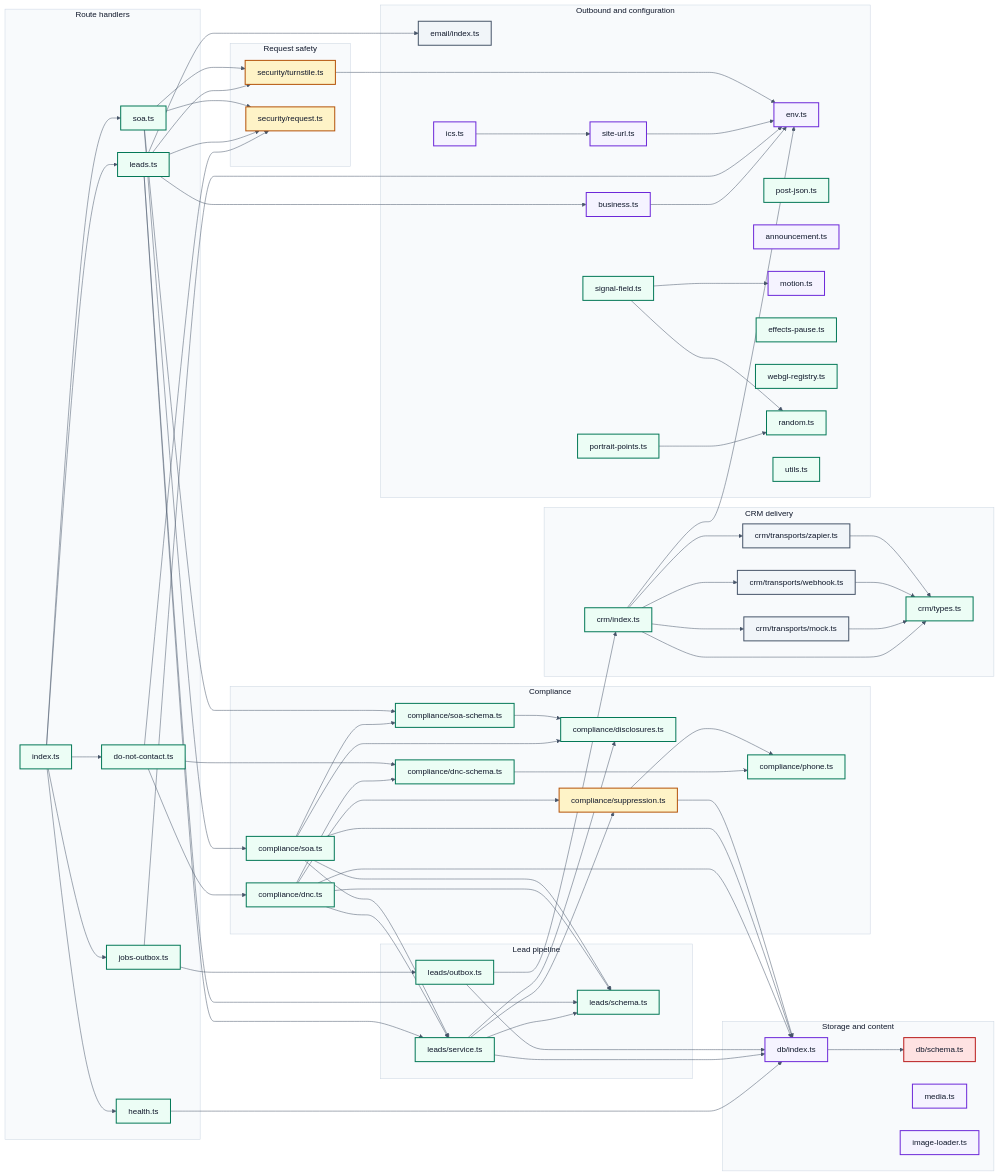
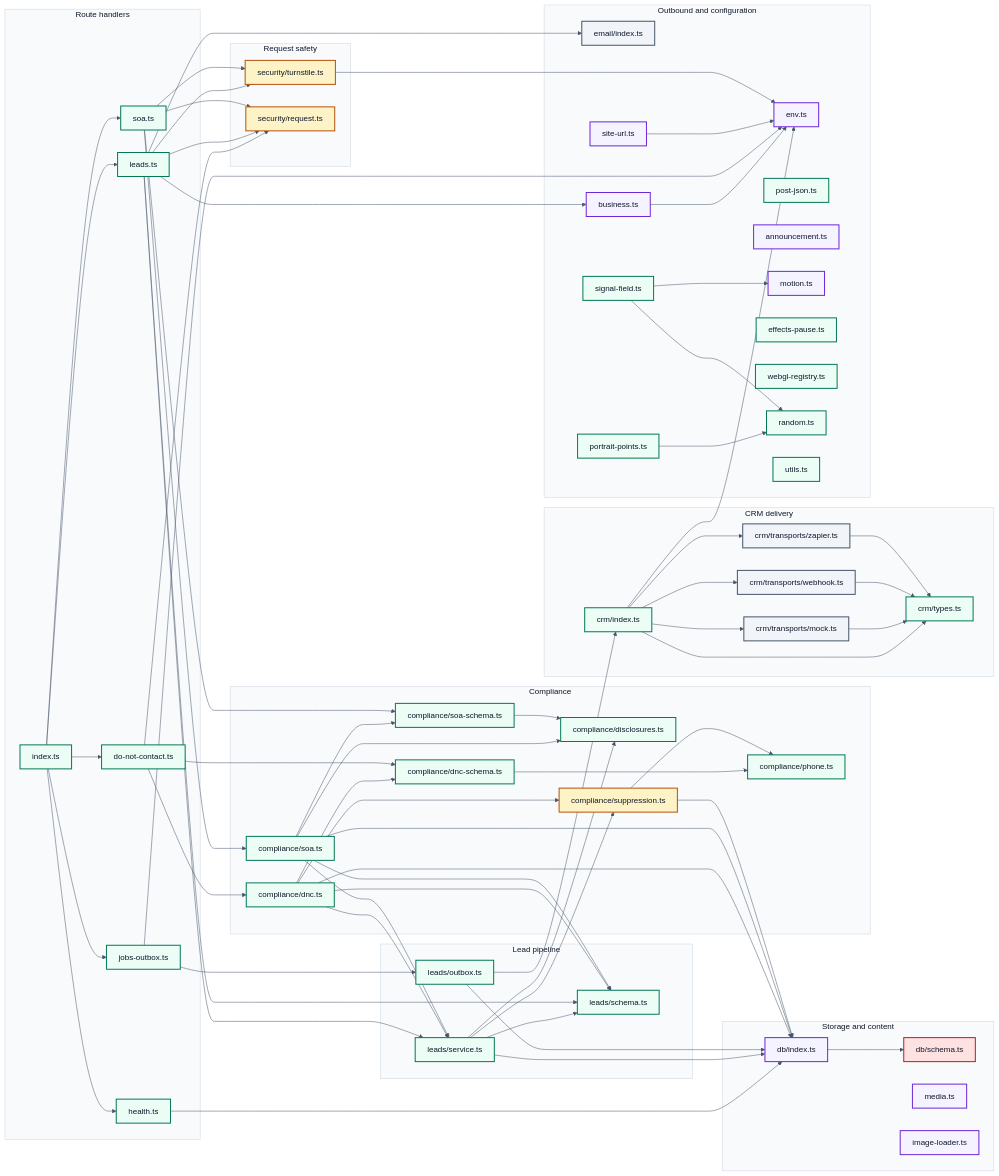
The diagram in docs/diagrams/D5-module-map.mmd (marc-mccarthy/legacy-benefits-mn), drawn with Mermaid before and after one commit. The commit also changed 3 other files, not shown here.

Commit message:
fix(diagrams): drop removed lib/ics.ts from module map

```diff
--- a/docs/diagrams/D5-module-map.mmd
+++ b/docs/diagrams/D5-module-map.mmd
@@ -1,147 +1,145 @@
 %%{init: {"theme":"base","themeVariables":{"fontFamily":"Helvetica Neue, Helvetica, Arial, sans-serif","fontSize":"16px","textColor":"#0F172A","background":"#FFFFFF","lineColor":"#475569","mainBkg":"#EFF6FF","nodeBorder":"#1D4ED8","primaryColor":"#EFF6FF","primaryBorderColor":"#1D4ED8","primaryTextColor":"#0F172A","secondaryColor":"#F1F5F9","secondaryBorderColor":"#475569","secondaryTextColor":"#0F172A","tertiaryColor":"#F8FAFC","tertiaryBorderColor":"#CBD5E1","tertiaryTextColor":"#0F172A","clusterBkg":"#F8FAFC","clusterBorder":"#CBD5E1","edgeLabelBackground":"#FFFFFF","actorBkg":"#EEF2FF","actorBorder":"#4338CA","actorTextColor":"#0F172A","signalColor":"#475569","signalTextColor":"#0F172A","noteBkgColor":"#FEF3C7","noteBorderColor":"#B45309","noteTextColor":"#0F172A","activationBkgColor":"#ECFDF5","activationBorderColor":"#047857","labelBoxBkgColor":"#FEF3C7","labelBoxBorderColor":"#B45309","sequenceNumberColor":"#FFFFFF"},"flowchart":{"htmlLabels":false,"curve":"basis","nodeSpacing":45,"rankSpacing":60,"padding":12},"sequence":{"useMaxWidth":false,"htmlLabels":false,"mirrorActors":false,"wrap":true,"width":190}}}%%
 flowchart LR
 accTitle: Every server module this repository owns, and what each one imports
 accDescr {
   A left-to-right map of the server side of the application, derived from the imports in the
   code rather than drawn by hand, so it cannot describe a wiring that no longer exists. Each
   box is one module; each arrow is one module importing another. Route handlers sit on the
   left, since every request enters through one of them. The two modules that verify a request
   and the one that decides whether a person may be contacted are drawn as gates, because their
   job is to reject. The database schema is drawn as regulated data, because that is what it
   declares. Test files are excluded: a test importing a module says nothing about how the
-  application is wired. 41 modules and 57 imports are drawn.
+  application is wired. 40 modules and 56 imports are drawn.
 }
 
 subgraph Routehandlers ["Route handlers"]
   apiRouter["index.ts"]
   leadsRoute["leads.ts"]
   soaRoute["soa.ts"]
   dncRoute["do-not-contact.ts"]
   jobsRoute["jobs-outbox.ts"]
   healthRoute["health.ts"]
 end
 
 subgraph Requestsafety ["Request safety"]
   turnstile["security/turnstile.ts"]
   request["security/request.ts"]
 end
 
 subgraph Leadpipeline ["Lead pipeline"]
   leadService["leads/service.ts"]
   leadSchema["leads/schema.ts"]
   outbox["leads/outbox.ts"]
 end
 
 subgraph Compliance ["Compliance"]
   disclosures["compliance/disclosures.ts"]
   suppression["compliance/suppression.ts"]
   phone["compliance/phone.ts"]
   dnc["compliance/dnc.ts"]
   dncSchema["compliance/dnc-schema.ts"]
   soa["compliance/soa.ts"]
   soaSchema["compliance/soa-schema.ts"]
 end
 
 subgraph CRMdelivery ["CRM delivery"]
   crm["crm/index.ts"]
   crmTypes["crm/types.ts"]
   webhook["crm/transports/webhook.ts"]
   zapier["crm/transports/zapier.ts"]
   mock["crm/transports/mock.ts"]
 end
 
 subgraph Storageandcontent ["Storage and content"]
   db["db/index.ts"]
   dbSchema["db/schema.ts"]
   media["media.ts"]
   imageLoader["image-loader.ts"]
 end
 
 subgraph Outboundandconfiguration ["Outbound and configuration"]
   email["email/index.ts"]
   env["env.ts"]
   siteUrl["site-url.ts"]
   postJson["post-json.ts"]
-  ics["ics.ts"]
   business["business.ts"]
   announcement["announcement.ts"]
   motion["motion.ts"]
   effectsPause["effects-pause.ts"]
   webglRegistry["webgl-registry.ts"]
   portraitPoints["portrait-points.ts"]
   signalField["signal-field.ts"]
   random["random.ts"]
   utils["utils.ts"]
 end
 
 apiRouter --> dncRoute
 apiRouter --> healthRoute
 apiRouter --> jobsRoute
 apiRouter --> leadsRoute
 apiRouter --> soaRoute
 business --> env
 crm --> crmTypes
 crm --> env
 crm --> mock
 crm --> webhook
 crm --> zapier
 db --> dbSchema
 dnc --> db
 dnc --> dncSchema
 dnc --> leadSchema
 dnc --> leadService
 dnc --> suppression
 dncRoute --> dnc
 dncRoute --> dncSchema
 dncRoute --> request
 dncSchema --> phone
 healthRoute --> db
-ics --> siteUrl
 jobsRoute --> env
 jobsRoute --> outbox
 leadService --> db
 leadService --> disclosures
 leadService --> leadSchema
 leadService --> suppression
 leadsRoute --> business
 leadsRoute --> email
 leadsRoute --> leadSchema
 leadsRoute --> leadService
 leadsRoute --> request
 leadsRoute --> turnstile
 mock --> crmTypes
 outbox --> crm
 outbox --> db
 portraitPoints --> random
 signalField --> motion
 signalField --> random
 siteUrl --> env
 soa --> db
 soa --> disclosures
 soa --> leadSchema
 soa --> leadService
 soa --> soaSchema
 soaRoute --> request
 soaRoute --> soa
 soaRoute --> soaSchema
 soaRoute --> turnstile
 soaSchema --> disclosures
 suppression --> db
 suppression --> phone
 turnstile --> env
 webhook --> crmTypes
 zapier --> crmTypes
 
 classDef human    fill:#EEF2FF,stroke:#4338CA,stroke-width:2px,color:#0F172A
 classDef client   fill:#EFF6FF,stroke:#1D4ED8,stroke-width:2px,color:#0F172A
 classDef ours     fill:#ECFDF5,stroke:#047857,stroke-width:2px,color:#0F172A
 classDef guard    fill:#FEF3C7,stroke:#B45309,stroke-width:2px,color:#0F172A
 classDef vendor   fill:#F1F5F9,stroke:#475569,stroke-width:2px,color:#0F172A
 classDef phi      fill:#FEE2E2,stroke:#B91C1C,stroke-width:2px,color:#0F172A
 classDef artifact fill:#F5F3FF,stroke:#6D28D9,stroke-width:2px,color:#0F172A
 
 class apiRouter,leadsRoute,soaRoute,dncRoute,jobsRoute,healthRoute,leadService,leadSchema,outbox,disclosures,phone,dnc,dncSchema,soa,soaSchema,crm,crmTypes,postJson,effectsPause,webglRegistry,portraitPoints,signalField,random,utils ours
 class turnstile,request,suppression guard
 class webhook,zapier,mock,email vendor
 class dbSchema phi
-class db,media,imageLoader,env,siteUrl,ics,business,announcement,motion artifact
+class db,media,imageLoader,env,siteUrl,business,announcement,motion artifact
```
